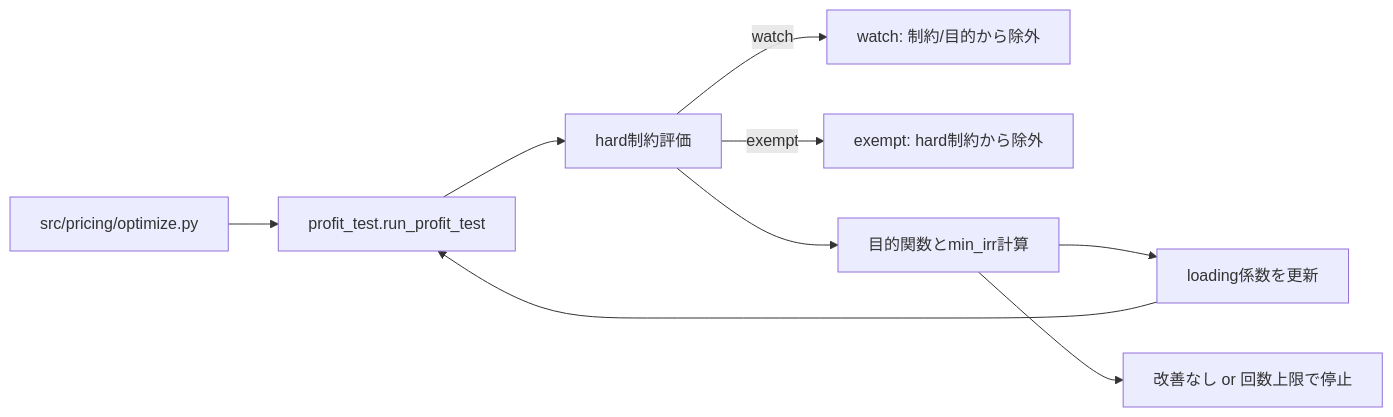
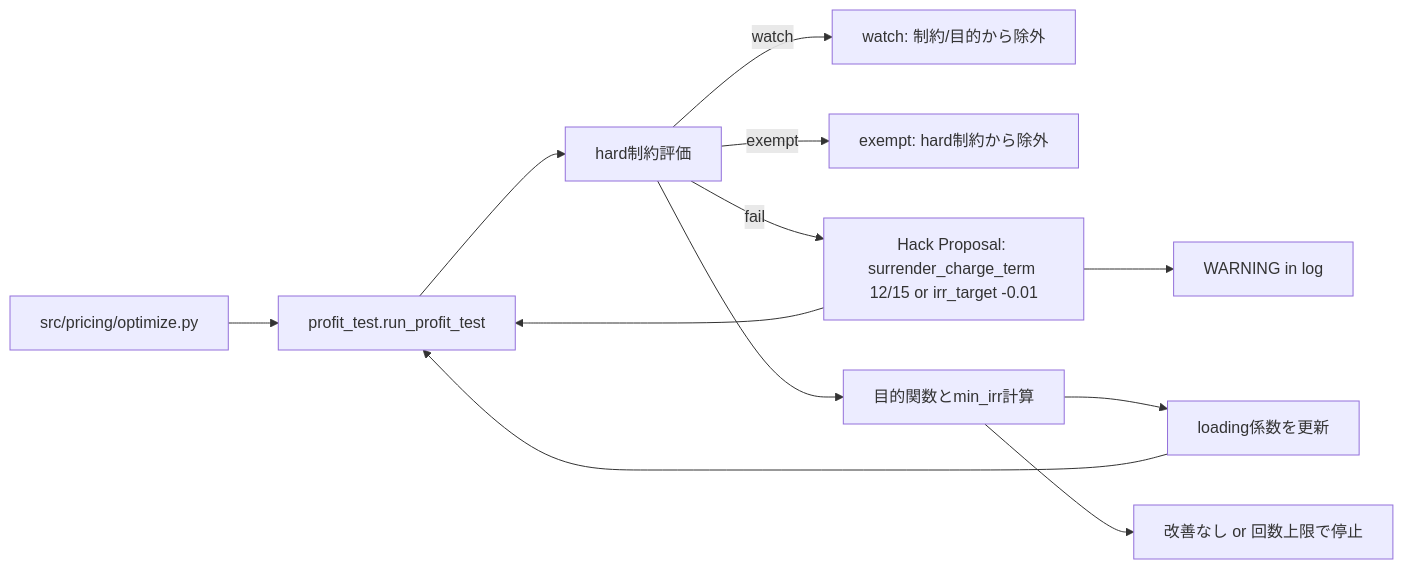
One commit to otacake/pricing-automation changed the second of 2 diagrams in README.md. Above: the diagram before and after it, drawn with Mermaid. The commit also changed other lines of this file and 6 other files, not shown here.

````diff
--- a/README.md
+++ b/README.md
@@ -176,11 +192,14 @@
 ```mermaid
 flowchart LR
   Start[src/pricing/optimize.py] --> Eval[profit_test.run_profit_test]
   Eval --> Check[hard制約評価]
   Check -->|watch| Watch[watch: 制約/目的から除外]
   Check -->|exempt| Exempt[exempt: hard制約から除外]
+  Check -->|fail| Hack[Hack Proposal: surrender_charge_term 12/15 or irr_target -0.01]
+  Hack --> Eval
   Check --> Score[目的関数とmin_irr計算]
   Score --> Update[loading係数を更新]
   Update --> Eval
   Score --> Stop[改善なし or 回数上限で停止]
+  Hack --> Warning[WARNING in log]
 ```
````
